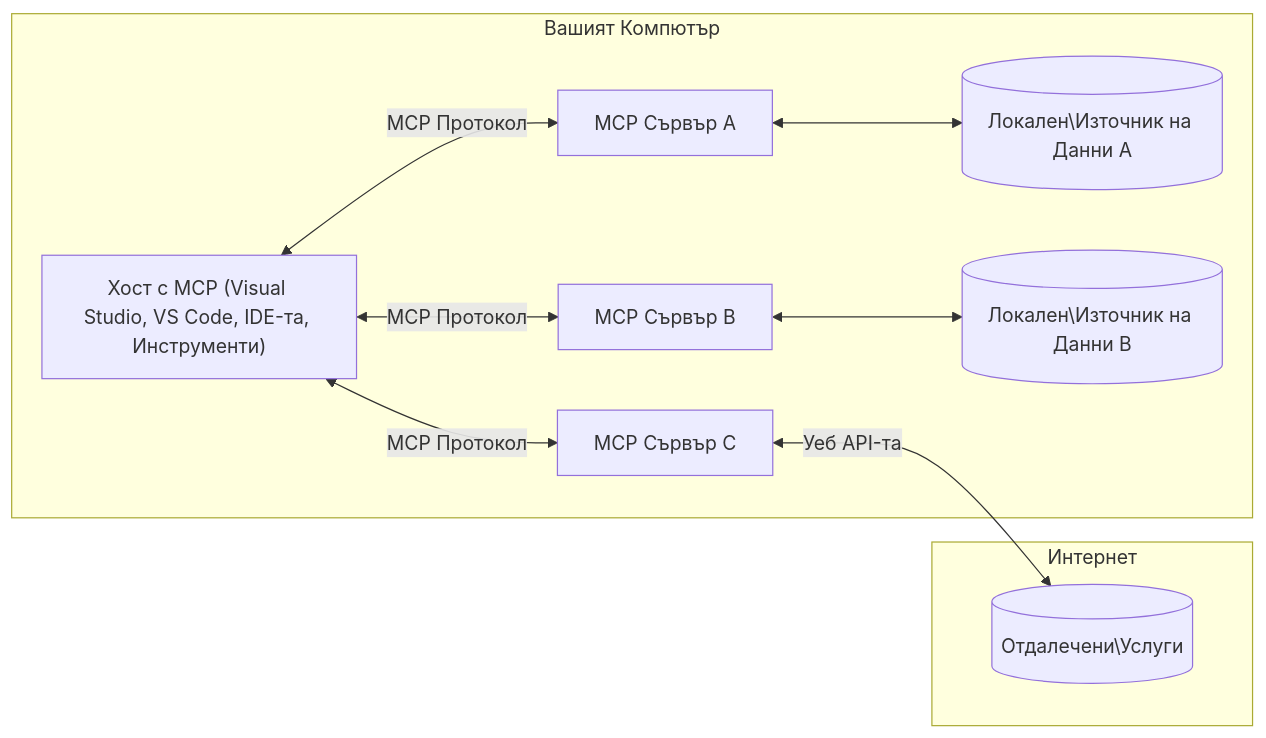
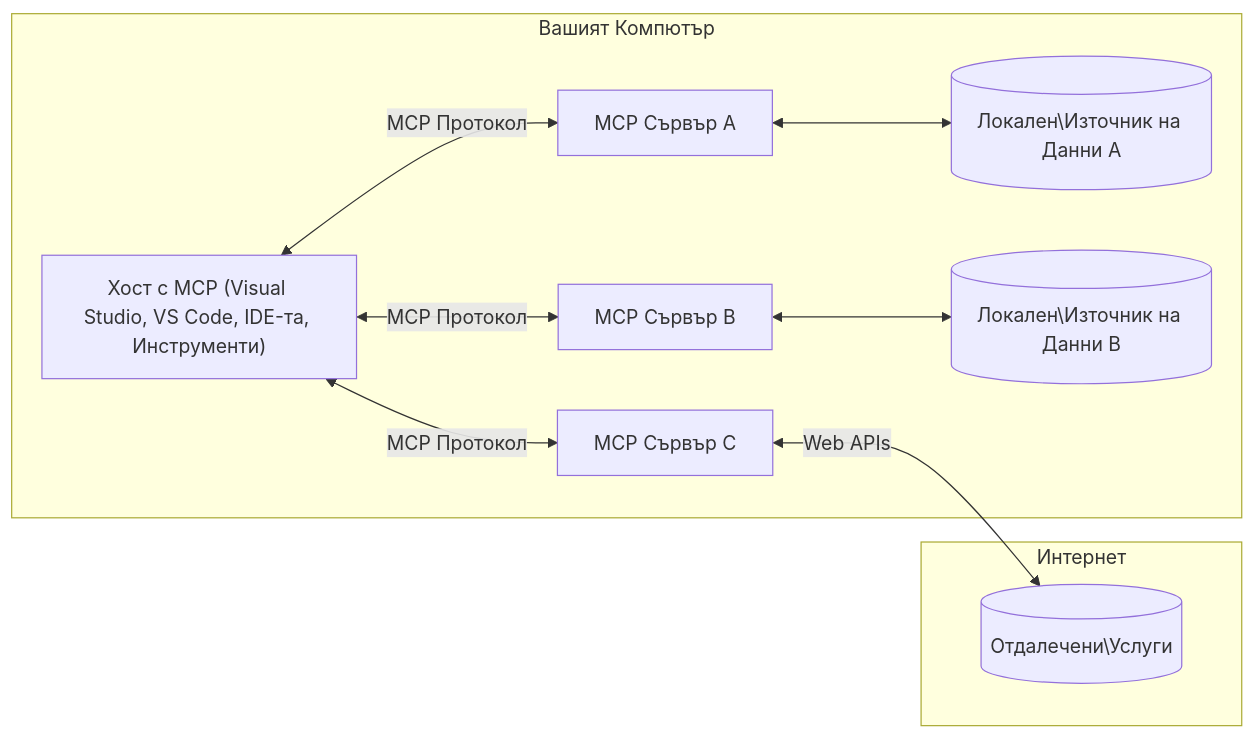
The diagram in translations/bg/01-CoreConcepts/README.md (Mu-L/mcp-for-beginners), drawn with Mermaid before and after one commit. The commit also changed other lines of this file and 5 other files, not shown here.

````diff
--- a/translations/bg/01-CoreConcepts/README.md
+++ b/translations/bg/01-CoreConcepts/README.md
@@ -45,17 +45,17 @@
 ```mermaid
 flowchart LR
     subgraph "Вашият Компютър"
         Host["Хост с MCP (Visual Studio, VS Code, IDE-та, Инструменти)"]
         S1["MCP Сървър A"]
         S2["MCP Сървър B"]
         S3["MCP Сървър C"]
         Host <-->|"MCP Протокол"| S1
         Host <-->|"MCP Протокол"| S2
         Host <-->|"MCP Протокол"| S3
         S1 <--> D1[("Локален\Източник на Данни A")]
         S2 <--> D2[("Локален\Източник на Данни B")]
     end
     subgraph "Интернет"
-        S3 <-->|"Уеб API-та"| D3[("Отдалечени\Услуги")]
+        S3 <-->|"Web APIs"| D3[("Отдалечени\Услуги")]
     end
-```
+```  
````
